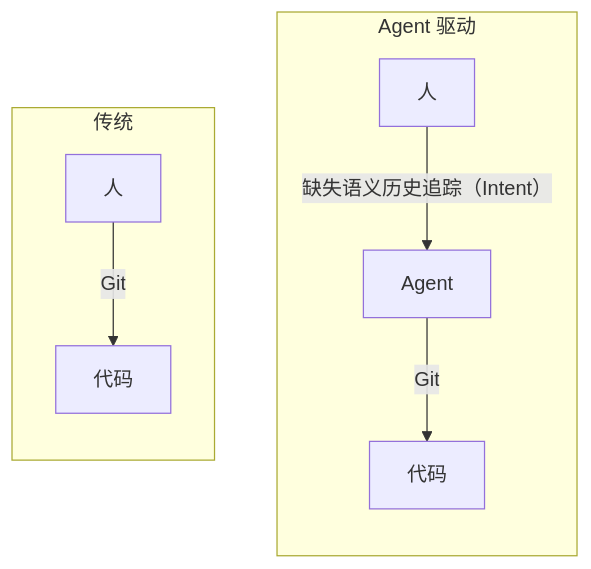
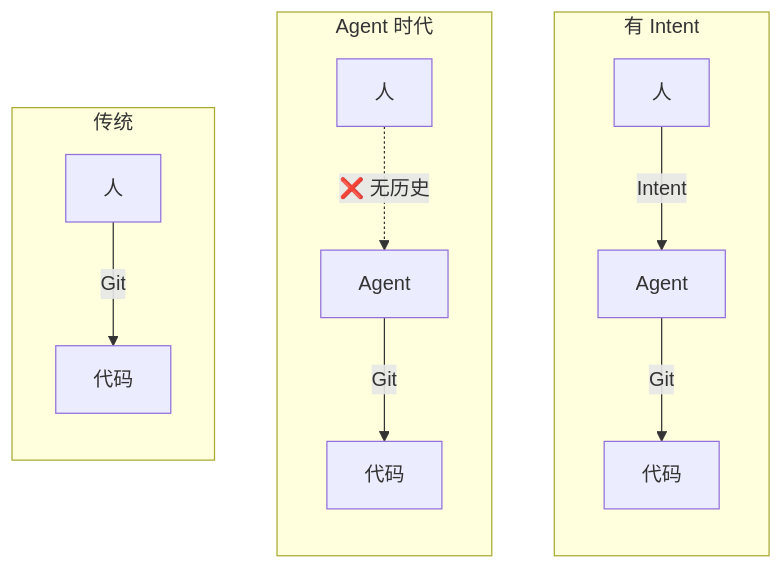
Before and after one commit to dozybot001/Intent: the diagram in README.CN.md, drawn with Mermaid. The commit also changed 1 other file, not shown here.

Commit message:
Restore three-column diagram: Traditional / Agent Era / With Intent
Column 2 shows the gap (dashed line, no history).
Column 3 shows Intent filling it (solid line).

````diff
--- a/README.CN.md
+++ b/README.CN.md
@@ -17,18 +17,26 @@
 ```mermaid
 flowchart LR
   subgraph traditional["传统"]
     direction TB
     H1["人"]
     C1["代码"]
     H1 -->|"Git"| C1
   end
-  subgraph agent["Agent 驱动"]
+  subgraph agent["Agent 时代"]
     direction TB
     H2["人"]
     AG["Agent"]
     C2["代码"]
-    H2 -->|"缺失语义历史追踪（Intent）"| AG
+    H2 -."❌ 无历史".-> AG
     AG -->|"Git"| C2
   end
-  traditional ~~~ agent
+  subgraph withintent["有 Intent"]
+    direction TB
+    H3["人"]
+    AG2["Agent"]
+    C3["代码"]
+    H3 -->|"Intent"| AG2
+    AG2 -->|"Git"| C3
+  end
+  traditional ~~~ agent ~~~ withintent
 ```
````
